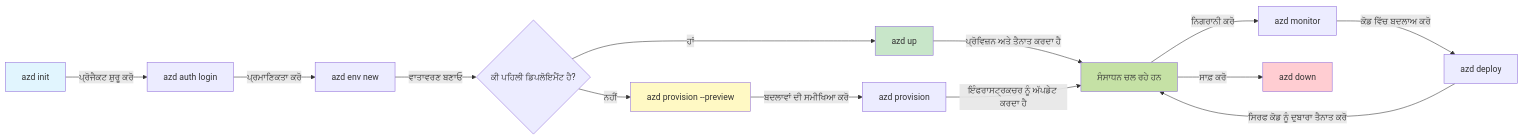
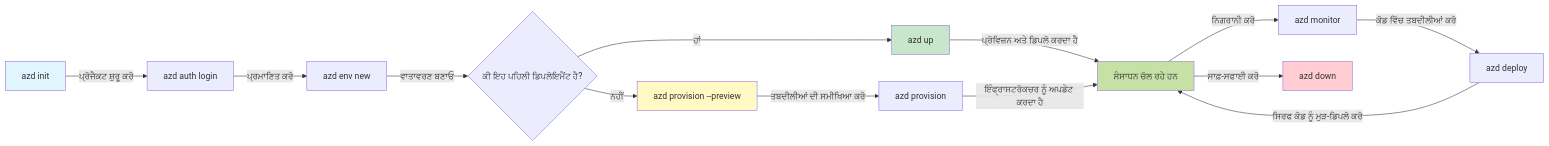
One commit to microsoft/AZD-for-beginners changed the first of 2 diagrams in translations/pa/docs/chapter-01-foundation/azd-basics.md. Above: the diagram before and after it, drawn with Mermaid. The commit also changed other lines of this file and 101 other files, not shown here.

````diff
--- a/translations/pa/docs/chapter-01-foundation/azd-basics.md
+++ b/translations/pa/docs/chapter-01-foundation/azd-basics.md
@@ -254,21 +269,21 @@
 ```mermaid
 graph LR
     A[azd init] -->|ਪ੍ਰੋਜੈਕਟ ਸ਼ੁਰੂ ਕਰੋ| B[azd auth login]
-    B -->|ਪ੍ਰਮਾਣਿਕਤਾ ਕਰੋ| C[azd env new]
-    C -->|ਵਾਤਾਵਰਣ ਬਣਾਓ| D{ਕੀ ਪਹਿਲੀ ਡਿਪਲੋਇਮੈਂਟ ਹੈ?}
+    B -->|ਪ੍ਰਮਾਣਿਤ ਕਰੋ| C[azd env new]
+    C -->|ਵਾਤਾਵਰਣ ਬਣਾਓ| D{ਕੀ ਇਹ ਪਹਿਲੀ ਡਿਪਲੋਇਮੈਂਟ ਹੈ?}
     D -->|ਹਾਂ| E[azd up]
     D -->|ਨਹੀਂ| F[azd provision --preview]
-    F -->|ਬਦਲਾਵਾਂ ਦੀ ਸਮੀਖਿਆ ਕਰੋ| G[azd provision]
-    E -->|ਪ੍ਰੋਵਿਜ਼ਨ ਅਤੇ ਤੈਨਾਤ ਕਰਦਾ ਹੈ| H[ਸੰਸਾਧਨ ਚਲ ਰਹੇ ਹਨ]
-    G -->|ਇੰਫਰਾਸਟ੍ਰਕਚਰ ਨੂੰ ਅੱਪਡੇਟ ਕਰਦਾ ਹੈ| H
+    F -->|ਤਬਦੀਲੀਆਂ ਦੀ ਸਮੀਖਿਆ ਕਰੋ| G[azd provision]
+    E -->|ਪ੍ਰੋਵਿਜ਼ਨ ਅਤੇ ਡਿਪਲੋ ਕਰਦਾ ਹੈ| H[ਸੰਸਾਧਨ ਚੱਲ ਰਹੇ ਹਨ]
+    G -->|ਇੰਫ੍ਰਾਸਟਰੱਕਚਰ ਨੂੰ ਅਪਡੇਟ ਕਰਦਾ ਹੈ| H
     H -->|ਨਿਗਰਾਨੀ ਕਰੋ| I[azd monitor]
-    I -->|ਕੋਡ ਵਿੱਚ ਬਦਲਾਅ ਕਰੋ| J[azd deploy]
-    J -->|ਸਿਰਫ ਕੋਡ ਨੂੰ ਦੁਬਾਰਾ ਤੈਨਾਤ ਕਰੋ| H
-    H -->|ਸਾਫ਼ ਕਰੋ| K[azd down]
+    I -->|ਕੋਡ ਵਿੱਚ ਤਬਦੀਲੀਆਂ ਕਰੋ| J[azd deploy]
+    J -->|ਸਿਰਫ ਕੋਡ ਨੂੰ ਮੁੜ-ਡਿਪਲੋ ਕਰੋ| H
+    H -->|ਸਾਫ਼-ਸਫਾਈ ਕਰੋ| K[azd down]
     
     style A fill:#e1f5fe
     style E fill:#c8e6c9
     style F fill:#fff9c4
     style H fill:#c5e1a5
     style K fill:#ffcdd2
 ```
````
